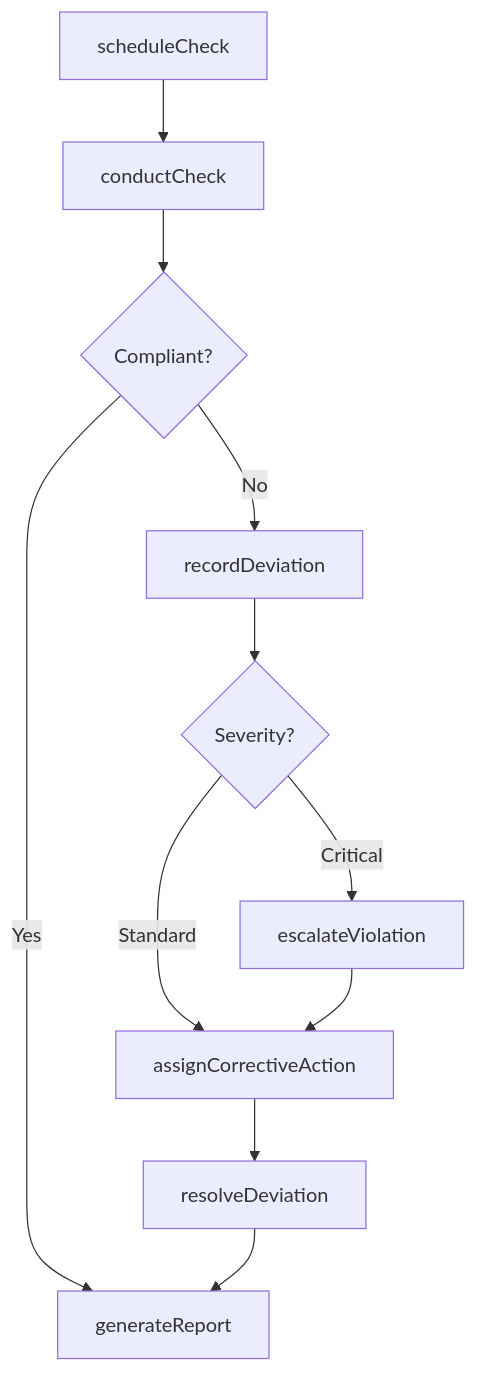
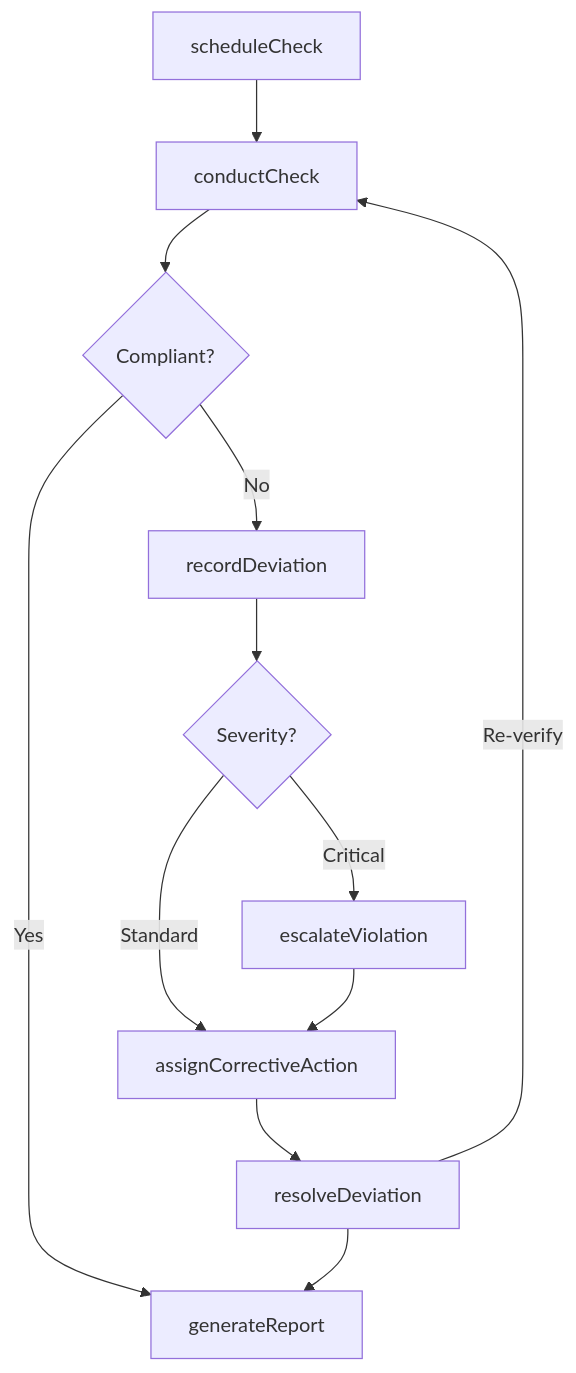
The third of 4 diagrams in MonitoringProcessesMaterialsOrSurroundings/MonitorOperationsToEnsureComplianceWithRegulationsOrStandards/MonitorOperationalActivitiesEnsureCompliance.mdx (dot-org-ai/tasks.org.ai), drawn with Mermaid before and after one commit. The commit also changed other lines of this file and 307 other files, not shown here.

First line of the commit message:
feat: Add ER diagrams and state diagrams to remaining 308 DWA task files (wave 3 complete)

````diff
--- a/MonitoringProcessesMaterialsOrSurroundings/MonitorOperationsToEnsureComplianceWithRegulationsOrStandards/MonitorOperationalActivitiesEnsureCompliance.mdx
+++ b/MonitoringProcessesMaterialsOrSurroundings/MonitorOperationsToEnsureComplianceWithRegulationsOrStandards/MonitorOperationalActivitiesEnsureCompliance.mdx
@@ -87,13 +116,14 @@
 ```mermaid
 graph TD
     A[scheduleCheck] --> B[conductCheck]
     B --> C{Compliant?}
     C -->|Yes| D[generateReport]
     C -->|No| E[recordDeviation]
     E --> F{Severity?}
     F -->|Critical| G[escalateViolation]
     F -->|Standard| H[assignCorrectiveAction]
     G --> H
     H --> I[resolveDeviation]
+    I -->|Re-verify| B
     I --> D
 ```
````
